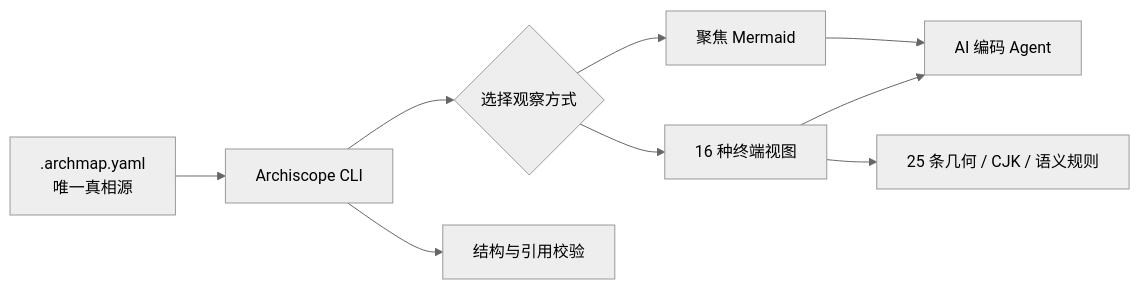
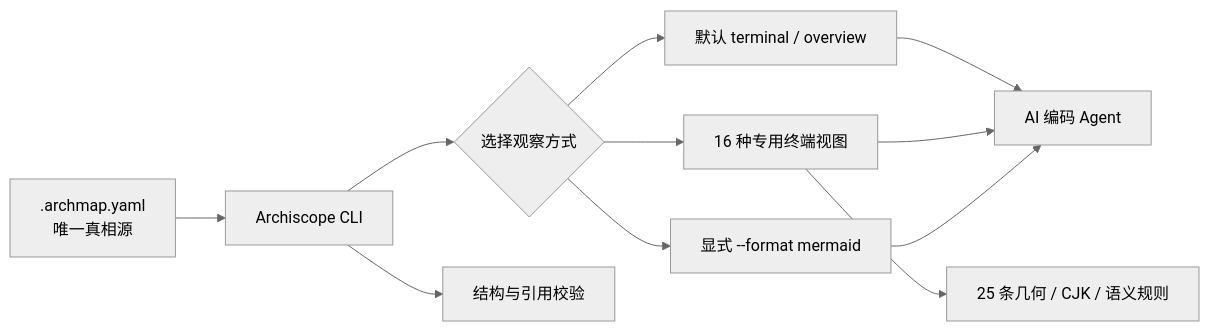
Before and after one commit to BladeDancer743/archiscope: the diagram in README.md, drawn with Mermaid (neutral theme). The commit also changed other lines of this file and 26 other files, not shown here.

First line of the commit message:
feat: terminal vertical layered bus overview, semantics audit, shared ANSI infra

````diff
--- a/README.md
+++ b/README.md
@@ -74,11 +87,13 @@
 ```mermaid
 flowchart LR
     A[".archmap.yaml<br/>唯一真相源"] --> B["Archiscope CLI"]
     B --> C{"选择观察方式"}
-    C --> D["聚焦 Mermaid"]
-    C --> E["16 种终端视图"]
+    C --> D["默认 terminal / overview"]
+    C --> E["16 种专用终端视图"]
+    C --> M["显式 --format mermaid"]
     B --> F["结构与引用校验"]
     E --> G["25 条几何 / CJK / 语义规则"]
     D --> H["AI 编码 Agent"]
     E --> H
+    M --> H
 ```
````
